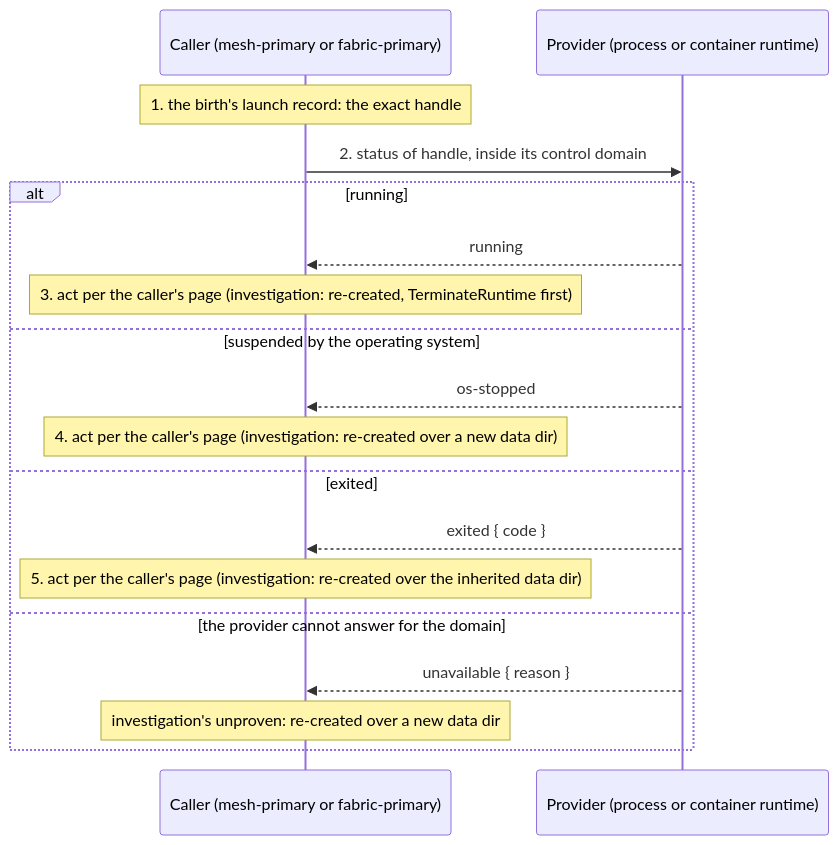
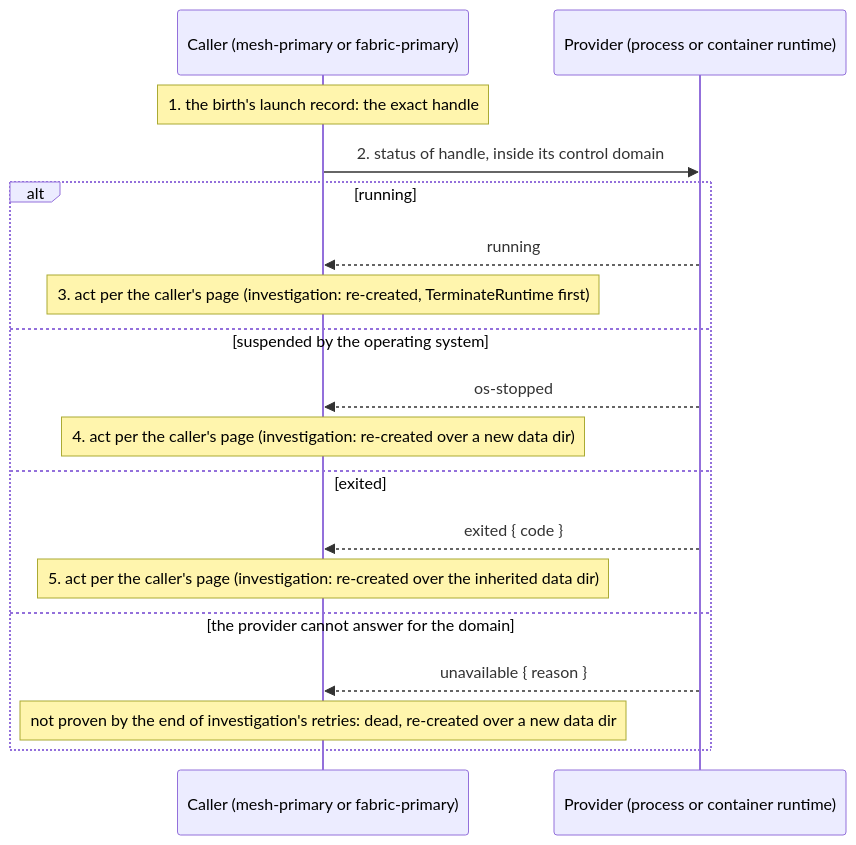
Before and after one commit to drlukeangel/rust-distributed-mesh: the diagram in docs/architecture/lifecycles/node-runtime-inspect.md, drawn with Mermaid. The commit also changed other lines of this file and 36 other files, not shown here.

````diff
--- a/docs/architecture/lifecycles/node-runtime-inspect.md
+++ b/docs/architecture/lifecycles/node-runtime-inspect.md
@@ -70,20 +70,20 @@
 ```mermaid
 sequenceDiagram
     participant C as Caller (mesh-primary or fabric-primary)
     participant V as Provider (process or container runtime)
     Note over C: 1. the birth's launch record: the exact handle
     C->>V: 2. status of handle, inside its control domain
     alt running
         V-->>C: running
         Note over C: 3. act per the caller's page (investigation: re-created, TerminateRuntime first)
     else suspended by the operating system
         V-->>C: os-stopped
         Note over C: 4. act per the caller's page (investigation: re-created over a new data dir)
     else exited
         V-->>C: exited { code }
         Note over C: 5. act per the caller's page (investigation: re-created over the inherited data dir)
     else the provider cannot answer for the domain
         V-->>C: unavailable { reason }
-        Note over C: investigation's unproven: re-created over a new data dir
+        Note over C: not proven by the end of investigation's retries: dead, re-created over a new data dir
     end
 ```
````
